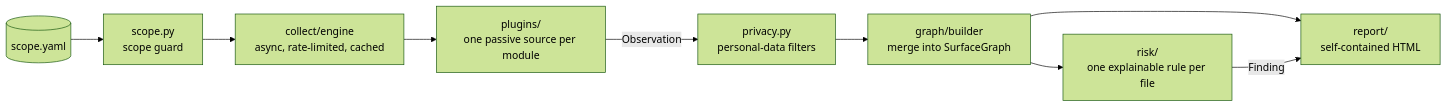
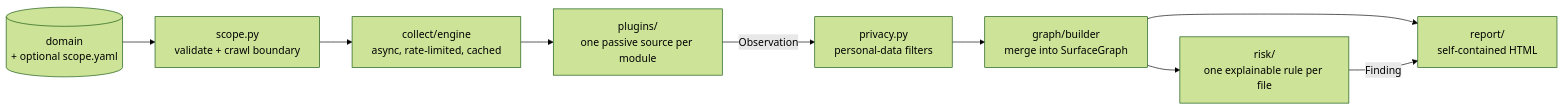
Before and after one commit to Nakken13/domain-mapper: the diagram in README.md, drawn with Mermaid (forest theme). The commit also changed other lines of this file and 13 other files, not shown here.

First line of the commit message:
feat(scope)!: scan needs no scope.yaml; menu drops scope check

````diff
--- a/README.md
+++ b/README.md
@@ -81,11 +78,11 @@
 ```mermaid
 flowchart LR
-    scope[("scope.yaml")] --> guard["scope.py<br/>scope guard"]
+    scope[("domain<br/>+ optional scope.yaml")] --> guard["scope.py<br/>validate + crawl boundary"]
     guard --> engine["collect/engine<br/>async, rate-limited, cached"]
     engine --> plugins["plugins/<br/>one passive source per module"]
     plugins -->|Observation| priv["privacy.py<br/>personal-data filters"]
     priv --> builder["graph/builder<br/>merge into SurfaceGraph"]
     builder --> rules["risk/<br/>one explainable rule per file"]
     builder --> report["report/<br/>self-contained HTML"]
     rules -->|Finding| report
 ```
````
